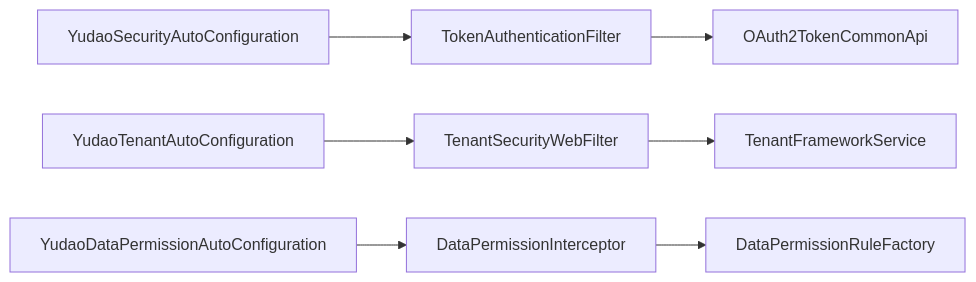
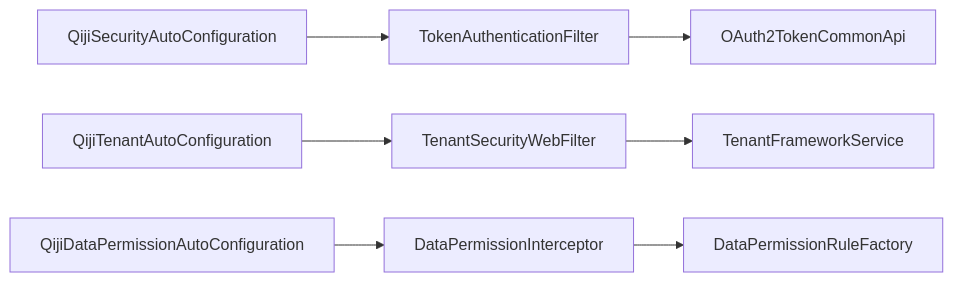
Before and after one commit to zhuangpengLI/AgenticCPS: the ninth of 9 diagrams in backend/.qoder/repowiki/zh/content/安全与权限/安全与权限.md, drawn with Mermaid. The commit also changed other lines of this file and 3489 other files, not shown here.

````diff
--- a/backend/.qoder/repowiki/zh/content/安全与权限/安全与权限.md
+++ b/backend/.qoder/repowiki/zh/content/安全与权限/安全与权限.md
@@ -402,9 +402,9 @@
 ```mermaid
 graph LR
 TF["TokenAuthenticationFilter"] --> OA["OAuth2TokenCommonApi"]
 TSF["TenantSecurityWebFilter"] --> TFS["TenantFrameworkService"]
 DPI["DataPermissionInterceptor"] --> DPRF["DataPermissionRuleFactory"]
-SEC_AUTO["YudaoSecurityAutoConfiguration"] --> TF
-TEN_AUTO["YudaoTenantAutoConfiguration"] --> TSF
-DP_AUTO["YudaoDataPermissionAutoConfiguration"] --> DPI
+SEC_AUTO["QijiSecurityAutoConfiguration"] --> TF
+TEN_AUTO["QijiTenantAutoConfiguration"] --> TSF
+DP_AUTO["QijiDataPermissionAutoConfiguration"] --> DPI
 ```
````
